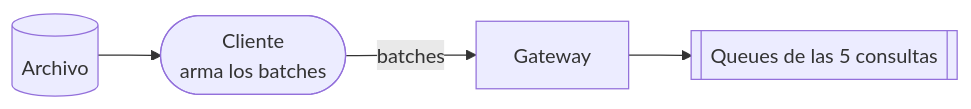
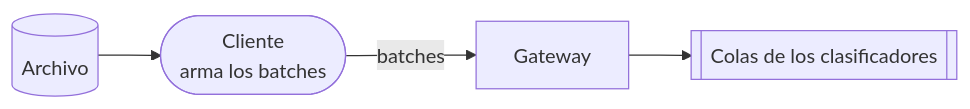
Before and after one commit to Cristobal710/tp-final-distribuidos: the third of 14 diagrams in diagramas/README.md, drawn with Mermaid. The commit also changed other lines of this file, not shown here.

````diff
--- a/diagramas/README.md
+++ b/diagramas/README.md
@@ -178,6 +127,6 @@
 ```mermaid
 flowchart LR
     ARCH[("Archivo")] --> C(["Cliente<br/>arma los batches"])
     C -- "batches" --> GW["Gateway"]
-    GW --> QS[["Queues de las 5 consultas"]]
+    GW --> QS[["Colas de los clasificadores"]]
 ```
````
